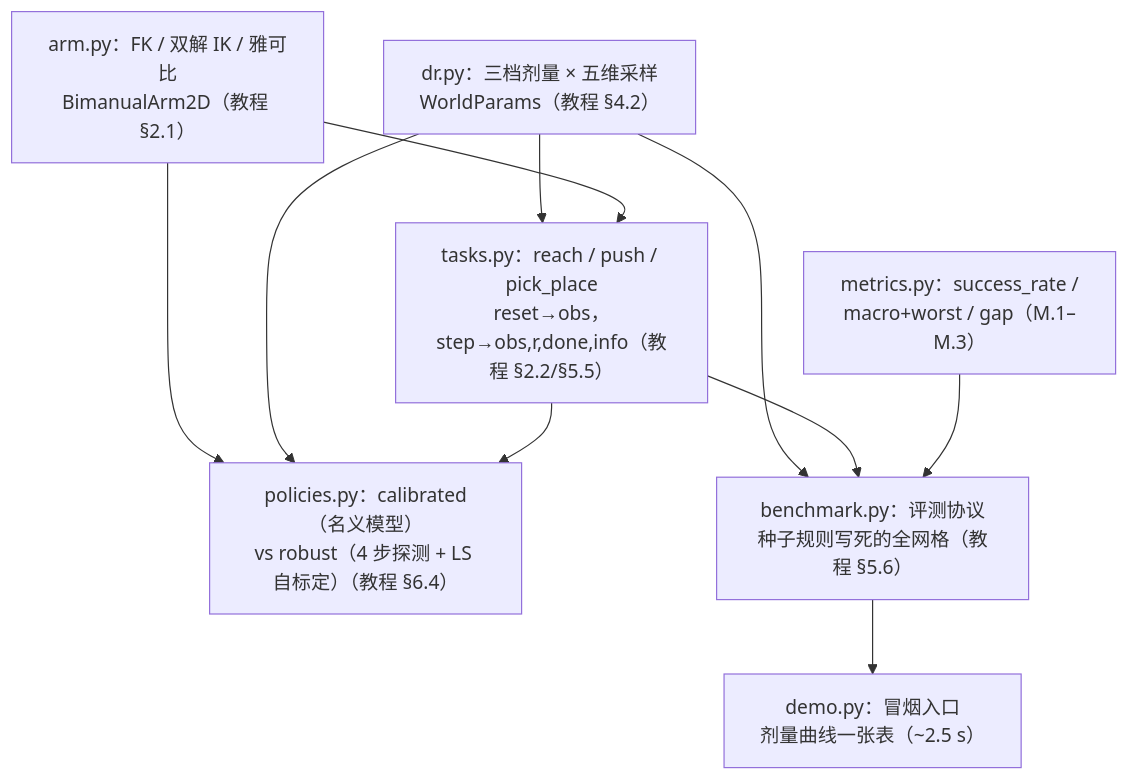
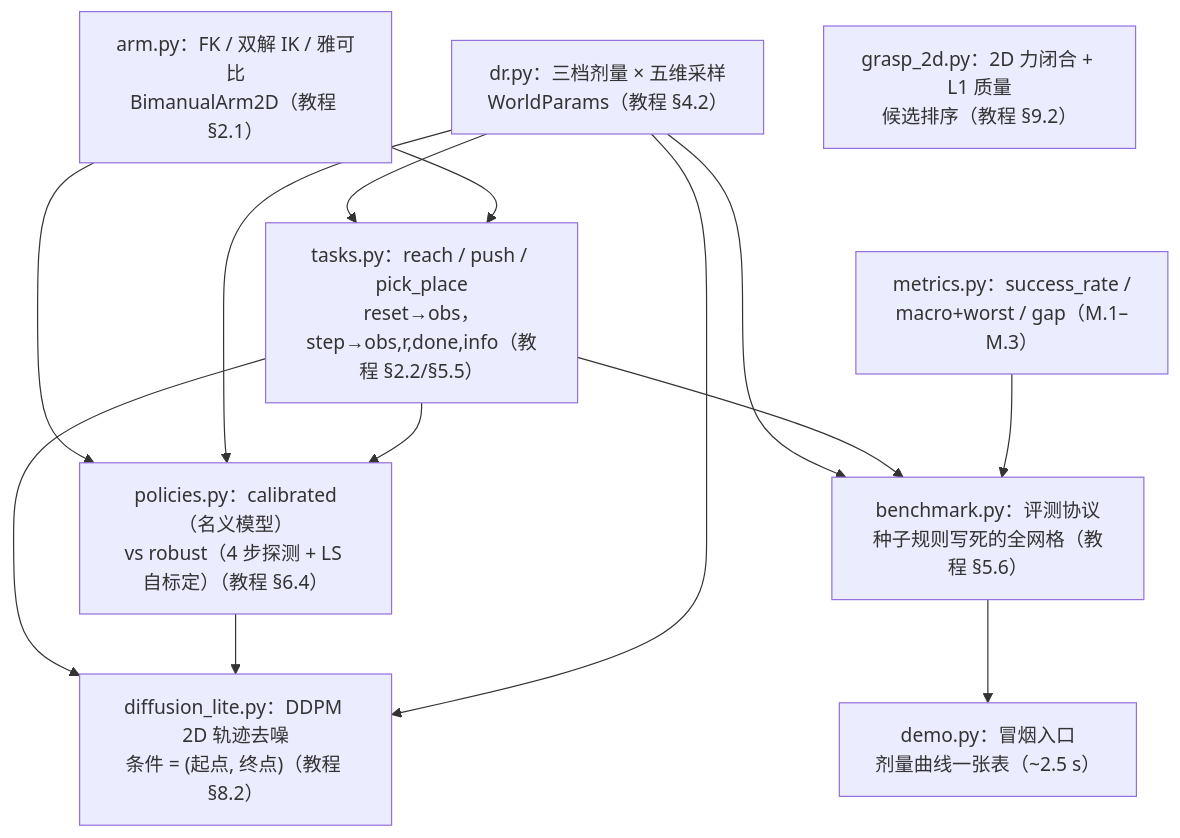
One commit to xMathematics/RoboTwinTutorial changed the diagram in projects/robotwin/TUTORIAL.md. Above: the diagram before and after it, drawn with Mermaid. The commit also changed other lines of this file and 8 other files, not shown here.

Commit message:
feat(robotwin): 新增扩散策略-lite（DDPM 2D 轨迹）与 2D 力闭合抓取（35→52 项测试）+ 11 篇论文代码映射表

````diff
--- a/projects/robotwin/TUTORIAL.md
+++ b/projects/robotwin/TUTORIAL.md
@@ -319,20 +413,25 @@
 ```mermaid
 flowchart TD
     DR["dr.py：三档剂量 × 五维采样<br>WorldParams（教程 §4.2）"]
     ARM["arm.py：FK / 双解 IK / 雅可比<br>BimanualArm2D（教程 §2.1）"]
     TASKS["tasks.py：reach / push / pick_place<br>reset→obs，step→obs,r,done,info（教程 §2.2/§5.5）"]
     POL["policies.py：calibrated（名义模型）<br>vs robust（4 步探测 + LS 自标定）（教程 §6.4）"]
     BM["benchmark.py：评测协议<br>种子规则写死的全网格（教程 §5.6）"]
     MET["metrics.py：success_rate /<br>macro+worst / gap（M.1–M.3）"]
     DEMO["demo.py：冒烟入口<br>剂量曲线一张表（~2.5 s）"]
+    DL["diffusion_lite.py：DDPM 2D 轨迹去噪<br>条件 = (起点, 终点)（教程 §8.2）"]
+    G2D["grasp_2d.py：2D 力闭合 + L1 质量<br>候选排序（教程 §9.2）"]
 
     DR --> TASKS
     ARM --> TASKS
     ARM --> POL
     DR --> POL
     TASKS --> POL
     DR --> BM
     TASKS --> BM
     MET --> BM
     BM --> DEMO
+    TASKS --> DL
+    POL --> DL
+    DR --> DL
 ```
````
